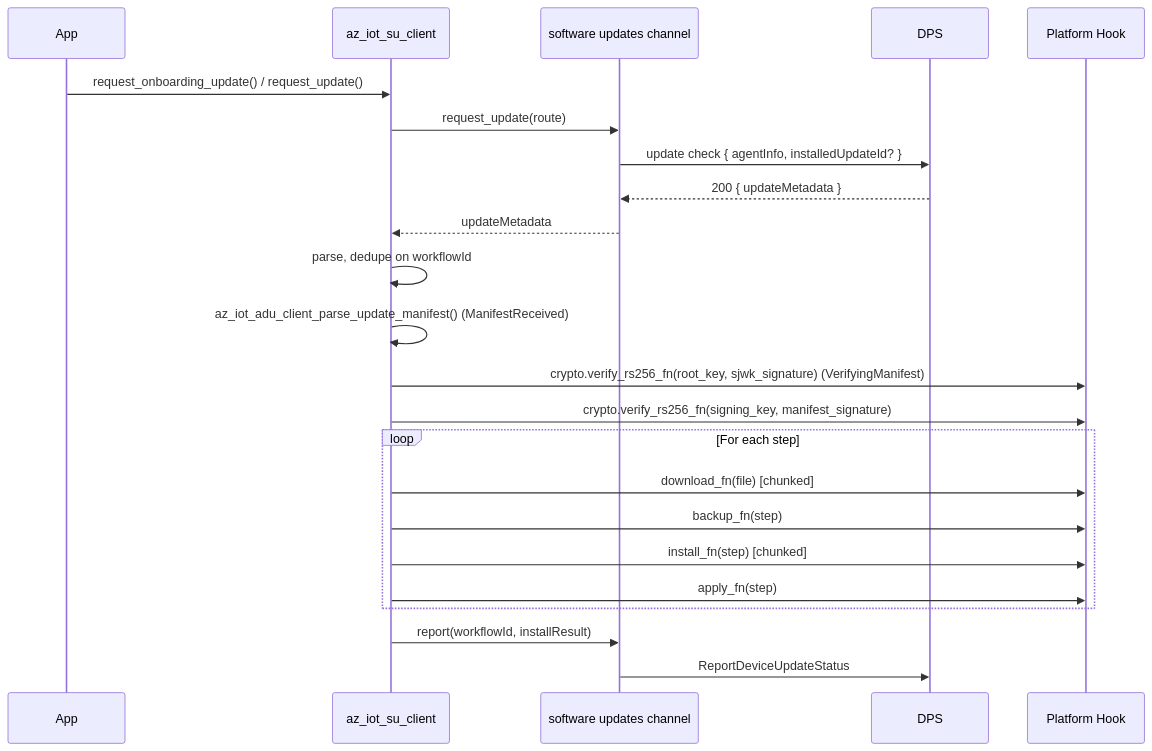
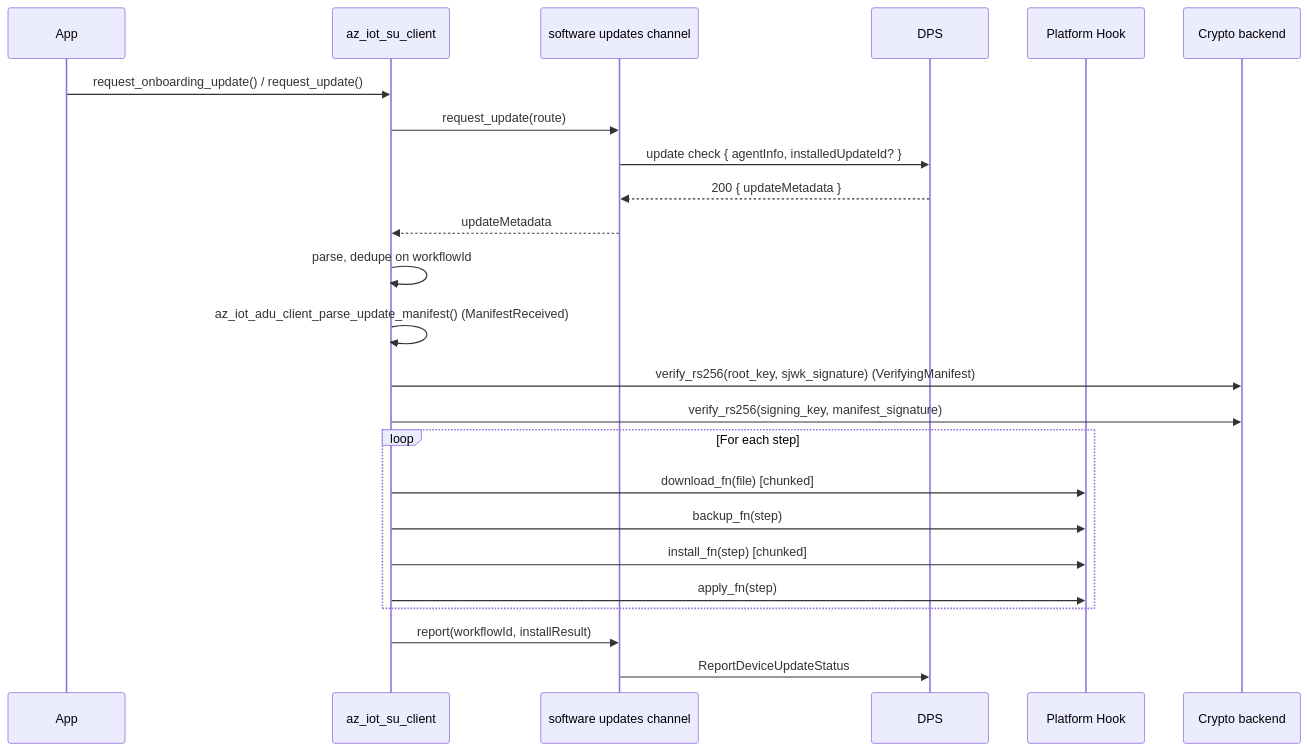
Before and after one commit to Azure/azure-iot-sdk: the sixth of 6 diagrams in c/docs/eng/software-updates.md, drawn with Mermaid. The commit also changed other lines of this file and 67 other files, not shown here.

First line of the commit message:
[C] Shared crypto backend for every feature

````diff
--- a/c/docs/eng/software-updates.md
+++ b/c/docs/eng/software-updates.md
@@ -1387,26 +1336,27 @@
 ```mermaid
 sequenceDiagram
     participant App
     participant SU as az_iot_su_client
     participant Ch as software updates channel
     participant DPS
     participant Hook as Platform Hook
+    participant Crypto as Crypto backend
 
     App->>SU: request_onboarding_update() / request_update()
     SU->>Ch: request_update(route)
     Ch->>DPS: update check { agentInfo, installedUpdateId? }
     DPS-->>Ch: 200 { updateMetadata }
     Ch-->>SU: updateMetadata
     SU->>SU: parse, dedupe on workflowId
     SU->>SU: az_iot_adu_client_parse_update_manifest() (ManifestReceived)
-    SU->>Hook: crypto.verify_rs256_fn(root_key, sjwk_signature) (VerifyingManifest)
-    SU->>Hook: crypto.verify_rs256_fn(signing_key, manifest_signature)
+    SU->>Crypto: verify_rs256(root_key, sjwk_signature) (VerifyingManifest)
+    SU->>Crypto: verify_rs256(signing_key, manifest_signature)
     loop For each step
         SU->>Hook: download_fn(file) [chunked]
         SU->>Hook: backup_fn(step)
         SU->>Hook: install_fn(step) [chunked]
         SU->>Hook: apply_fn(step)
     end
     SU->>Ch: report(workflowId, installResult)
     Ch->>DPS: ReportDeviceUpdateStatus
 ```
````
